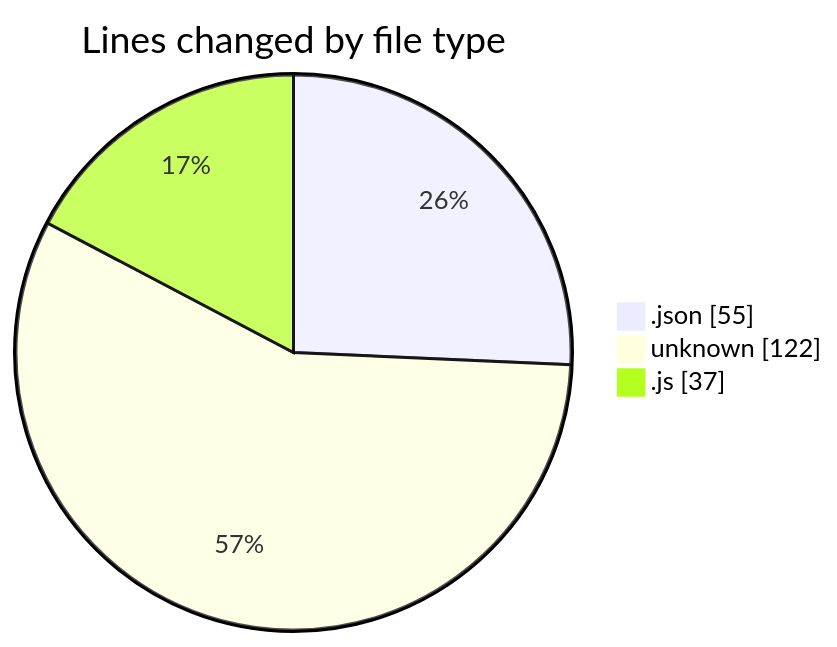
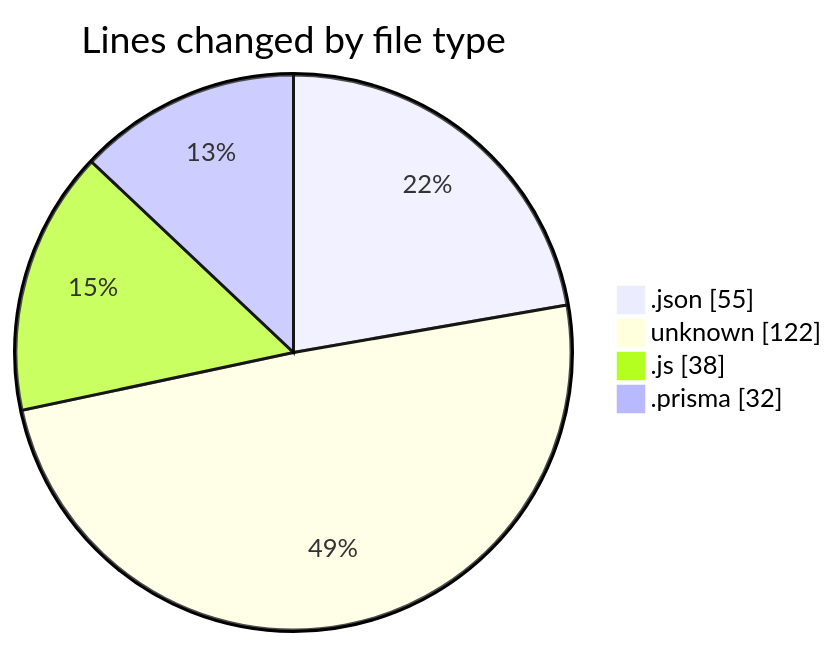
The first of 2 diagrams in 2025-01-30/good-pr/README.md (momahboobian/code-tracking), drawn with Mermaid before and after one commit. The commit also changed other lines of this file and 1 other file, not shown here.

````diff
--- a/2025-01-30/good-pr/README.md
+++ b/2025-01-30/good-pr/README.md
@@ -24,7 +25,8 @@
 ```mermaid
 pie showData
 title Lines changed by file type
 ".json" : 55
 "unknown" : 122
-".js" : 37
+".js" : 38
+".prisma" : 32
 ```
````
